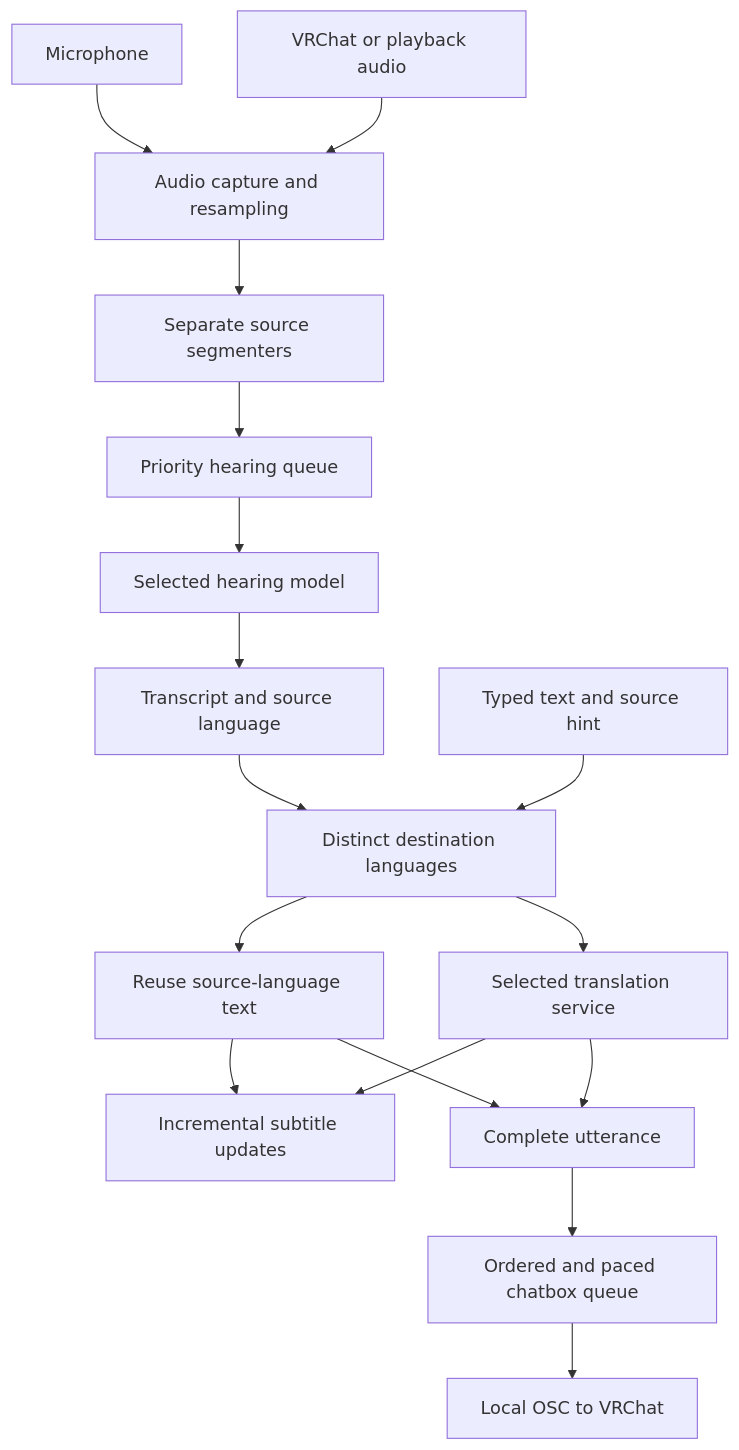
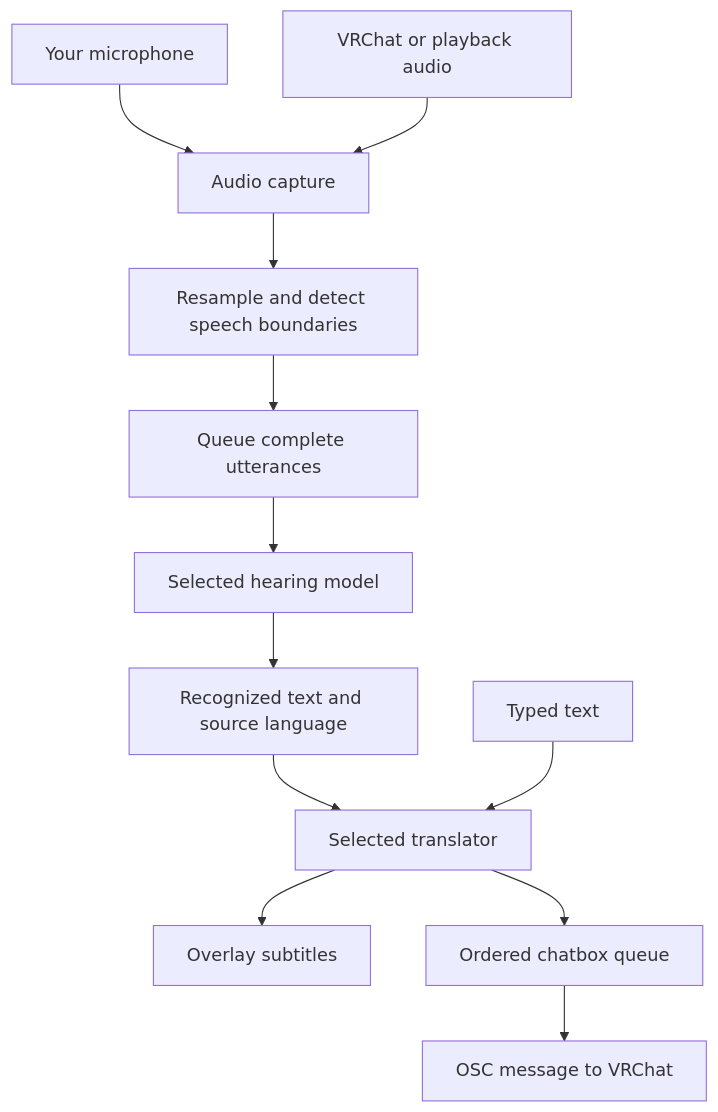
Before and after one commit to SentoMinh/ART-Asia-realtime-Translator: the diagram in ART Project Guide.md, drawn with Mermaid. The commit also changed other lines of this file and 8 other files, not shown here.

````diff
--- a/ART Project Guide.md
+++ b/ART Project Guide.md
@@ -136,19 +44,14 @@
 ```mermaid
 flowchart TD
-    Mic[Microphone] --> Capture[Audio capture and resampling]
+    Mic[Your microphone] --> Capture[Audio capture]
     Game[VRChat or playback audio] --> Capture
-    Capture --> VAD[Separate source segmenters]
-    VAD --> HearQueue[Priority hearing queue]
-    HearQueue --> Hearing[Selected hearing model]
-    Hearing --> Original[Transcript and source language]
-    Original --> Targets[Distinct destination languages]
-    Typed[Typed text and source hint] --> Targets
-    Targets --> Reuse[Reuse source-language text]
-    Targets --> Translate[Selected translation service]
-    Reuse --> Panel[Incremental subtitle updates]
-    Translate --> Panel
-    Translate --> Complete[Complete utterance]
-    Reuse --> Complete
-    Complete --> Outbox[Ordered and paced chatbox queue]
-    Outbox --> OSC[Local OSC to VRChat]
+    Capture --> VAD[Resample and detect speech boundaries]
+    VAD --> Queue[Queue complete utterances]
+    Queue --> Hearing[Selected hearing model]
+    Hearing --> Text[Recognized text and source language]
+    Text --> Translation[Selected translator]
+    Typed[Typed text] --> Translation
+    Translation --> Panel[Overlay subtitles]
+    Translation --> ChatQueue[Ordered chatbox queue]
+    ChatQueue --> OSC[OSC message to VRChat]
 ```
````
